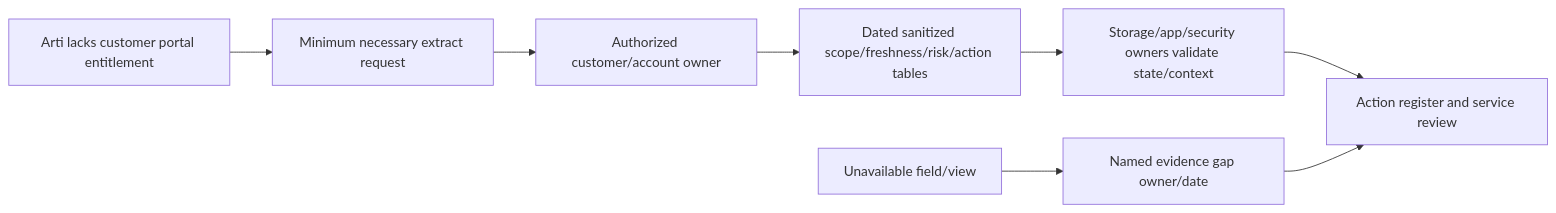
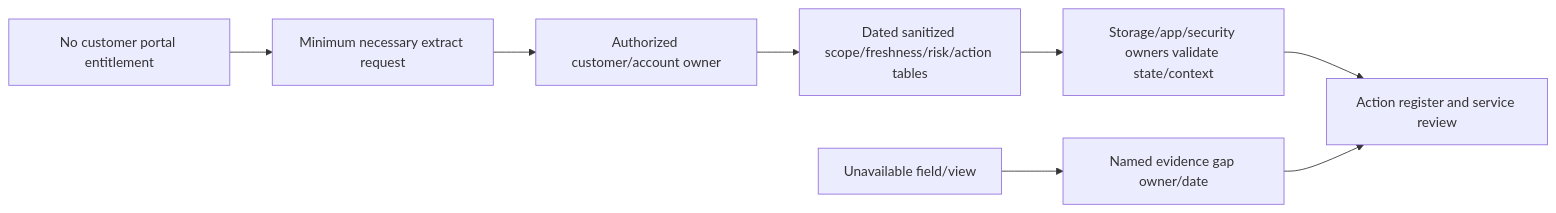
One commit to hichauhan-in/Interview-Prep changed diagram 22 of 24 in NetApp TAM/prep/Part-48-active-iq-digital-advisor-wellness.md. Above: the diagram before and after it, drawn with Mermaid. The commit also changed other lines of this file and 493 other files, not shown here.

````diff
--- a/NetApp TAM/prep/Part-48-active-iq-digital-advisor-wellness.md
+++ b/NetApp TAM/prep/Part-48-active-iq-digital-advisor-wellness.md
@@ -604,10 +604,10 @@
 ```mermaid
 flowchart LR
-    ARTI[Arti lacks customer portal entitlement] --> REQ[Minimum necessary extract request]
+    USER[No customer portal entitlement] --> REQ[Minimum necessary extract request]
     REQ --> OWNER[Authorized customer/account owner]
     OWNER --> EXPORT[Dated sanitized scope/freshness/risk/action tables]
     EXPORT --> VERIFY[Storage/app/security owners validate state/context]
     VERIFY --> REGISTER[Action register and service review]
     BLOCK[Unavailable field/view] --> GAP[Named evidence gap owner/date]
     GAP --> REGISTER
 ```
````
